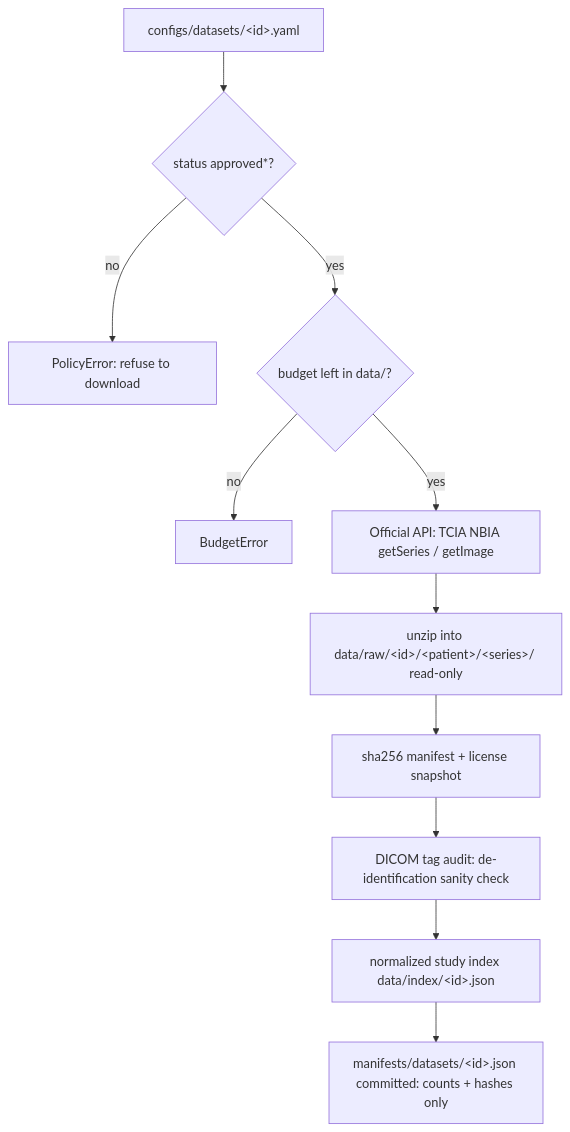
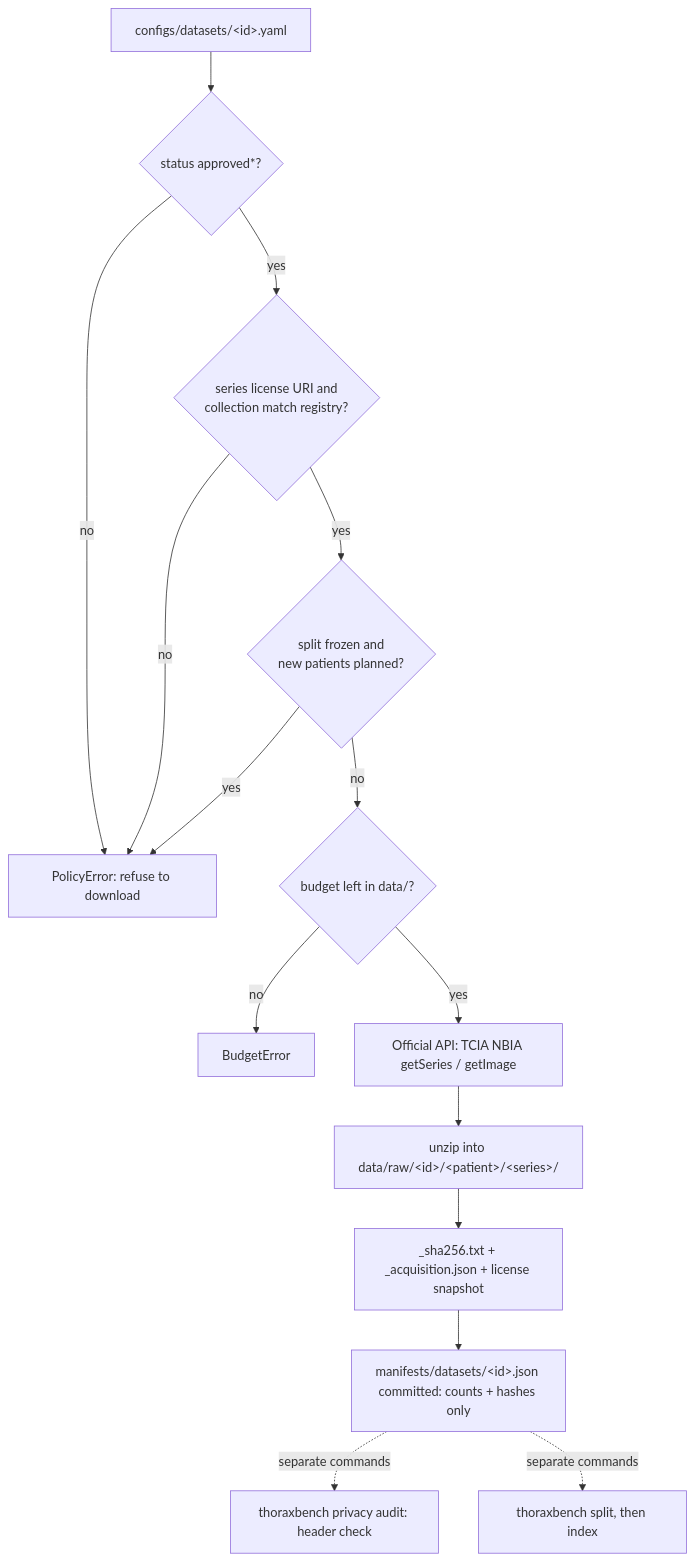
One commit to marcelpetrick/ThoraxGPT_from_Wish changed the fifth of 10 diagrams in docs/architecture.md. Above: the diagram before and after it, drawn with Mermaid. The commit also changed other lines of this file and 12 other files, not shown here.

First line of the commit message:
docs(repo): document benchmark, acquisition, privacy and data policies

````diff
--- a/docs/architecture.md
+++ b/docs/architecture.md
@@ -211,13 +217,17 @@
 ```mermaid
 flowchart TD
     A[configs/datasets/&lt;id&gt;.yaml] --> B{status approved*?}
     B -- no --> X[PolicyError: refuse to download]
-    B -- yes --> C{budget left in data/?}
+    B -- yes --> L{series license URI and<br/>collection match registry?}
+    L -- no --> X
+    L -- yes --> S{split frozen and<br/>new patients planned?}
+    S -- yes --> X
+    S -- no --> C{budget left in data/?}
     C -- no --> Y[BudgetError]
     C -- yes --> D[Official API: TCIA NBIA getSeries / getImage]
-    D --> E[unzip into data/raw/&lt;id&gt;/&lt;patient&gt;/&lt;series&gt;/ read-only]
-    E --> F[sha256 manifest + license snapshot]
-    F --> G[DICOM tag audit: de-identification sanity check]
-    G --> H[normalized study index data/index/&lt;id&gt;.json]
-    H --> I[manifests/datasets/&lt;id&gt;.json committed: counts + hashes only]
+    D --> E[unzip into data/raw/&lt;id&gt;/&lt;patient&gt;/&lt;series&gt;/]
+    E --> F[_sha256.txt + _acquisition.json + license snapshot]
+    F --> I[manifests/datasets/&lt;id&gt;.json committed: counts + hashes only]
+    I -.separate commands.-> G[thoraxbench privacy audit: header check]
+    I -.separate commands.-> H[thoraxbench split, then index]
 ```
````
